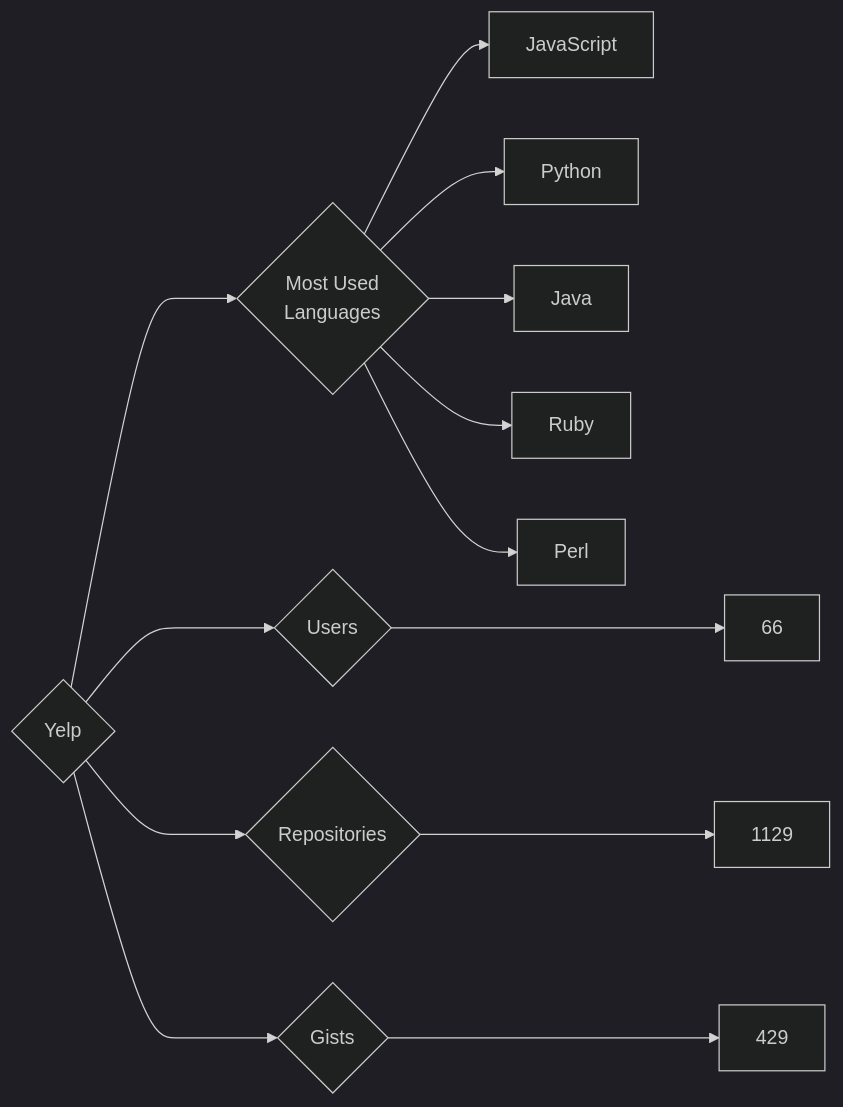
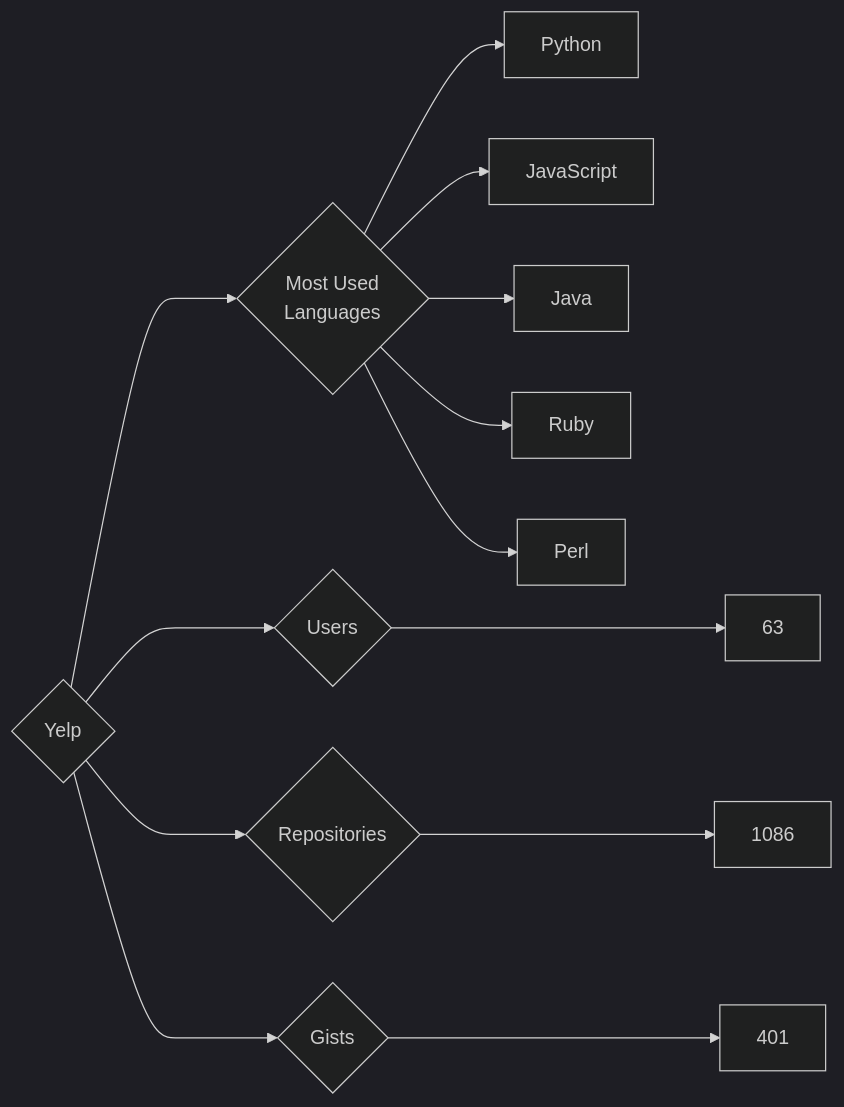
The diagram in targets/Yelp/README.md (trickest/insiders), drawn with Mermaid (dark theme) before and after one commit. The commit also changed 797 other files, not shown here.

````diff
--- a/targets/Yelp/README.md
+++ b/targets/Yelp/README.md
@@ -3,13 +3,13 @@
 ```mermaid
 graph LR
 COMPANY_NAME{Yelp}
-COMPANY_NAME ---> U{Users} ---> UN[66]
-COMPANY_NAME ---> R{Repositories} ---> RN[1129]
-COMPANY_NAME ---> G{Gists} ---> GN[429]
+COMPANY_NAME ---> U{Users} ---> UN[63]
+COMPANY_NAME ---> R{Repositories} ---> RN[1086]
+COMPANY_NAME ---> G{Gists} ---> GN[401]
 COMPANY_NAME ---> ML{Most Used<br>Languages}
+ML --> Python[Python]
 ML --> JavaScript[JavaScript]
-ML --> Python[Python]
 ML --> Java[Java]
 ML --> Ruby[Ruby]
 ML --> Perl[Perl]
 ```
````
